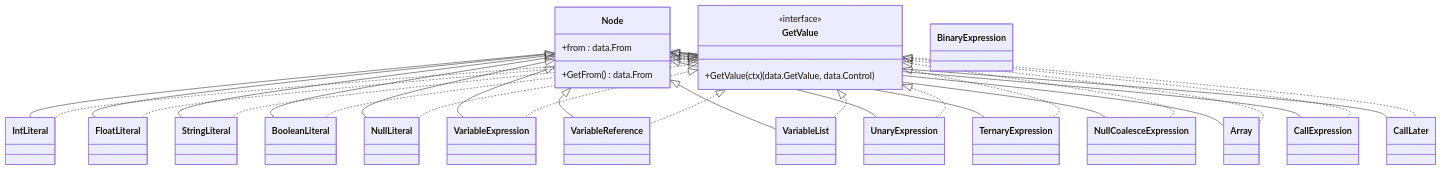
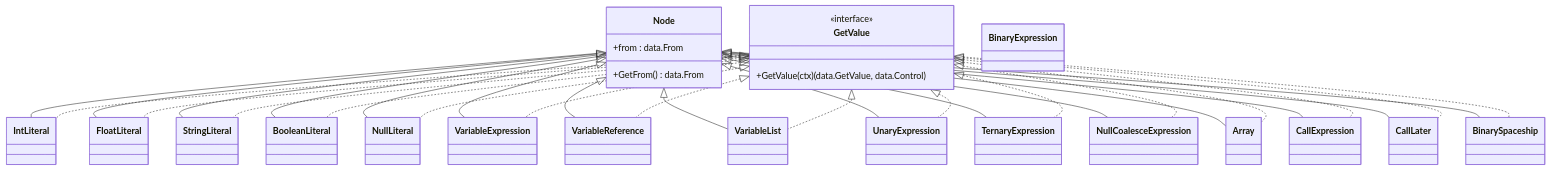
The second of 12 diagrams in .qoder/repowiki/zh/content/编译器系统/抽象语法树系统/表达式节点.md (php-any/origami), drawn with Mermaid before and after one commit. The commit also changed other lines of this file and 21 other files, not shown here.

````diff
--- a/.qoder/repowiki/zh/content/编译器系统/抽象语法树系统/表达式节点.md
+++ b/.qoder/repowiki/zh/content/编译器系统/抽象语法树系统/表达式节点.md
@@ -134,54 +152,57 @@
 ```mermaid
 classDiagram
 class Node {
 +from : data.From
 +GetFrom() data.From
 }
 class GetValue {
 <<interface>>
 +GetValue(ctx) (data.GetValue, data.Control)
 }
 class IntLiteral
 class FloatLiteral
 class StringLiteral
 class BooleanLiteral
 class NullLiteral
 class VariableExpression
 class VariableReference
 class VariableList
 class UnaryExpression
 class BinaryExpression
 class TernaryExpression
 class NullCoalesceExpression
 class Array
 class CallExpression
 class CallLater
+class BinarySpaceship
 Node <|-- IntLiteral
 Node <|-- FloatLiteral
 Node <|-- StringLiteral
 Node <|-- BooleanLiteral
 Node <|-- NullLiteral
 Node <|-- VariableExpression
 Node <|-- VariableReference
 Node <|-- VariableList
 Node <|-- UnaryExpression
 Node <|-- TernaryExpression
 Node <|-- NullCoalesceExpression
 Node <|-- Array
 Node <|-- CallExpression
 Node <|-- CallLater
+Node <|-- BinarySpaceship
 GetValue <|.. IntLiteral
 GetValue <|.. FloatLiteral
 GetValue <|.. StringLiteral
 GetValue <|.. BooleanLiteral
 GetValue <|.. NullLiteral
 GetValue <|.. VariableExpression
 GetValue <|.. VariableReference
 GetValue <|.. VariableList
 GetValue <|.. UnaryExpression
 GetValue <|.. TernaryExpression
 GetValue <|.. NullCoalesceExpression
 GetValue <|.. Array
 GetValue <|.. CallExpression
 GetValue <|.. CallLater
+GetValue <|.. BinarySpaceship
 ```
````
